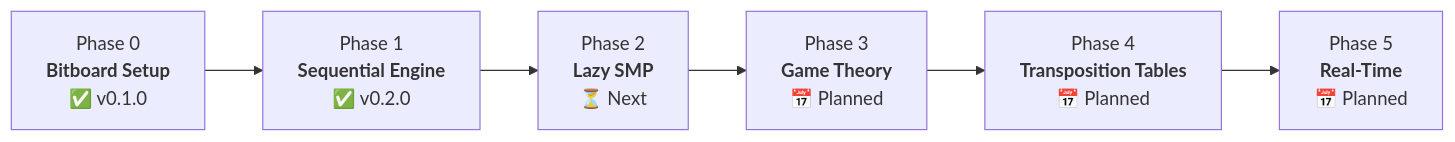
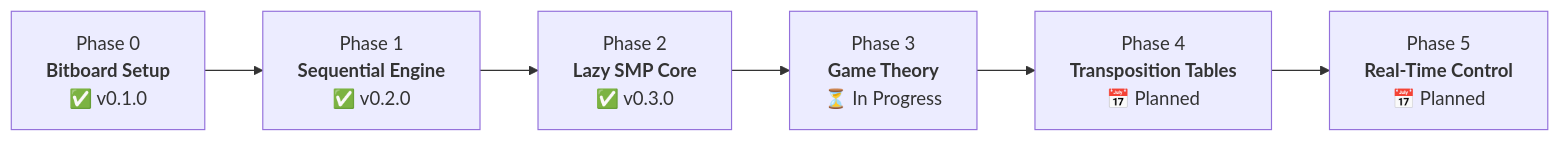
One commit to a-delavega/minimax-parallel-benchmark changed the diagram in README.md. Above: the diagram before and after it, drawn with Mermaid. The commit also changed other lines of this file, not shown here.

Commit message:
docs: update README marking Phase 2 as complete and initializing Phase 3

````diff
--- a/README.md
+++ b/README.md
@@ -65,8 +65,8 @@
 ```mermaid
 flowchart LR
     A["Phase 0<br/><b>Bitboard Setup</b><br/>✅ v0.1.0"] --> B["Phase 1<br/><b>Sequential Engine</b><br/>✅ v0.2.0"]
-    B --> C["Phase 2<br/><b>Lazy SMP</b><br/>⏳ Next"]
-    C --> D["Phase 3<br/><b>Game Theory</b><br/>📅 Planned"]
+    B --> C["Phase 2<br/><b>Lazy SMP Core</b><br/>✅ v0.3.0"]
+    C --> D["Phase 3<br/><b>Game Theory</b><br/>⏳ In Progress"]
     D --> E["Phase 4<br/><b>Transposition Tables</b><br/>📅 Planned"]
-    E --> F["Phase 5<br/><b>Real-Time</b><br/>📅 Planned"]
+    E --> F["Phase 5<br/><b>Real-Time Control</b><br/>📅 Planned"]
 ```
````
